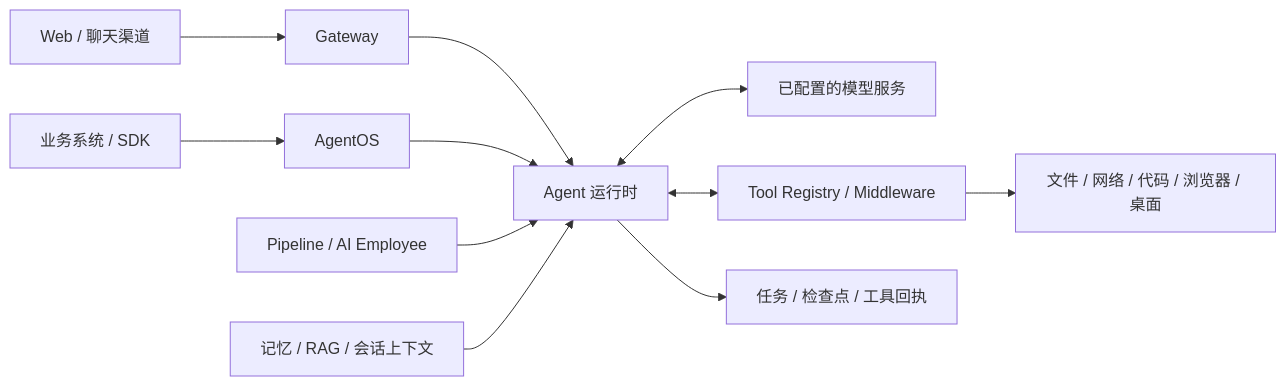
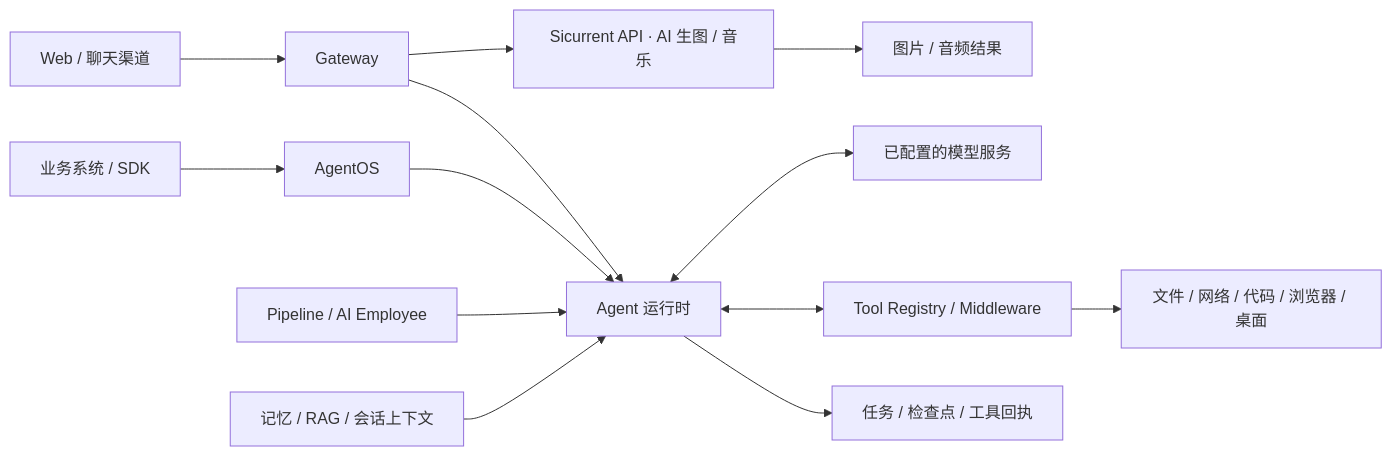
Before and after one commit to niqinggood/macs: the diagram in README.md, drawn with Mermaid. The commit also changed other lines of this file and 2 other files, not shown here.

Commit message:
Clarify Sicurrent API image and music generation integration

````diff
--- a/README.md
+++ b/README.md
@@ -60,13 +60,15 @@
 ```mermaid
 flowchart LR
     Web["Web / 聊天渠道"] --> Gateway["Gateway"]
     Business["业务系统 / SDK"] --> AgentOS["AgentOS"]
     Gateway --> Runtime["Agent 运行时"]
+    Gateway --> Creation["Sicurrent API · AI 生图 / 音乐"]
+    Creation --> MediaResults["图片 / 音频结果"]
     AgentOS --> Runtime
     Workflow["Pipeline / AI Employee"] --> Runtime
     Runtime <--> Models["已配置的模型服务"]
     Runtime <--> Tools["Tool Registry / Middleware"]
     Tools --> Actions["文件 / 网络 / 代码 / 浏览器 / 桌面"]
     Context["记忆 / RAG / 会话上下文"] --> Runtime
     Runtime --> State["任务 / 检查点 / 工具回执"]
 ```
````
